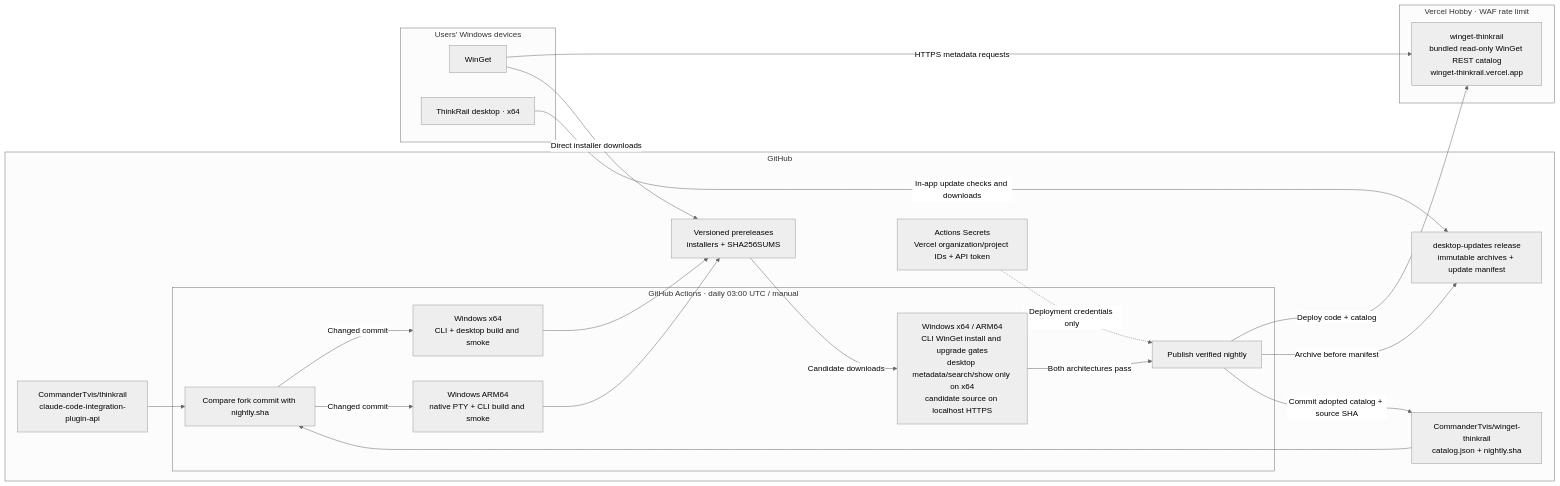
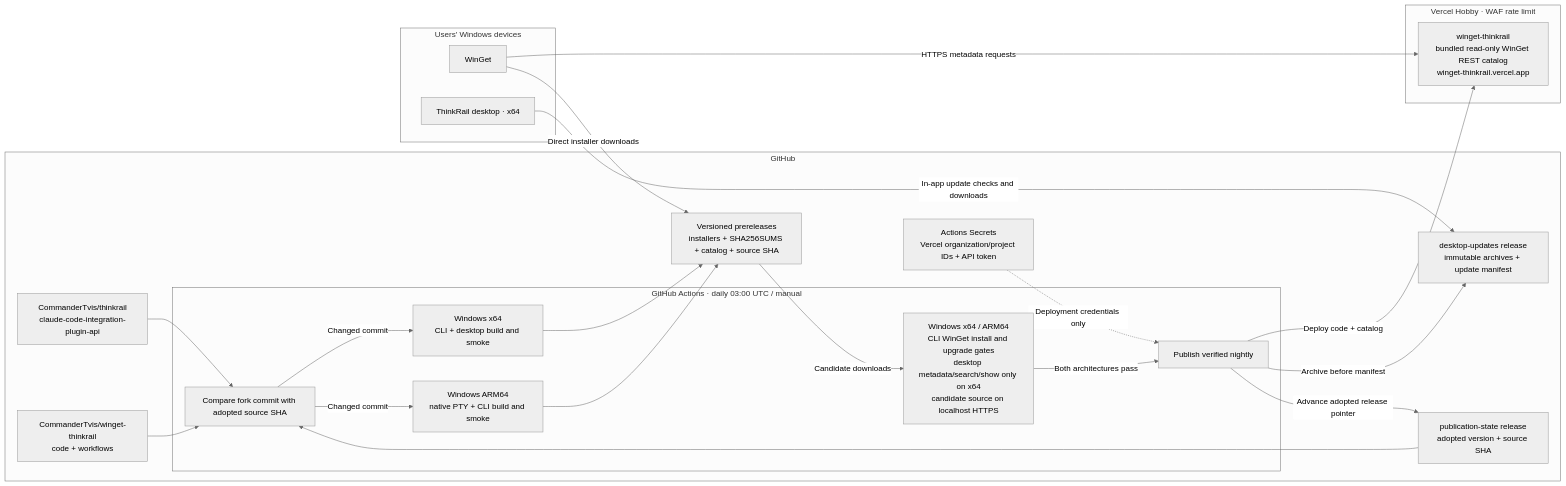
Before and after one commit to CommanderTvis/winget-thinkrail: the diagram in architecture.md, drawn with Mermaid (neutral theme). The commit also changed other lines of this file and 15 other files, not shown here.

Commit message:
Move nightly publication state from Git to Releases

````diff
--- a/architecture.md
+++ b/architecture.md
@@ -31,42 +31,44 @@
 ```mermaid
 flowchart LR
   subgraph GitHub["GitHub"]
     fork["CommanderTvis/thinkrail<br/>claude-code-integration-plugin-api"]
-    repo["CommanderTvis/winget-thinkrail<br/>catalog.json + nightly.sha"]
+    repo["CommanderTvis/winget-thinkrail<br/>code + workflows"]
     subgraph CI["GitHub Actions · daily 03:00 UTC / manual"]
-      compare["Compare fork commit with nightly.sha"]
+      compare["Compare fork commit with adopted source SHA"]
       x64["Windows x64<br/>CLI + desktop build and smoke"]
       arm64["Windows ARM64<br/>native PTY + CLI build and smoke"]
       gates["Windows x64 / ARM64<br/>CLI WinGet install and upgrade gates<br/>desktop metadata/search/show only on x64<br/>candidate source on localhost HTTPS"]
       publish["Publish verified nightly"]
     end
-    releases["Versioned prereleases<br/>installers + SHA256SUMS"]
+    releases["Versioned prereleases<br/>installers + SHA256SUMS + catalog + source SHA"]
+    state["publication-state release<br/>adopted version + source SHA"]
     feed["desktop-updates release<br/>immutable archives + update manifest"]
     secrets["Actions Secrets<br/>Vercel organization/project IDs + API token"]
   end
 
   subgraph Vercel["Vercel Hobby · WAF rate limit"]
     source["winget-thinkrail<br/>bundled read-only WinGet REST catalog<br/>winget-thinkrail.vercel.app"]
   end
 
   subgraph Windows["Users' Windows devices"]
     winget["WinGet"]
     desktop["ThinkRail desktop · x64"]
   end
 
   fork --> compare
   repo --> compare
+  state --> compare
   compare -->|Changed commit| x64
   compare -->|Changed commit| arm64
   x64 --> releases
   arm64 --> releases
   releases -->|Candidate downloads| gates
   gates -->|Both architectures pass| publish
   secrets -.->|Deployment credentials only| publish
   publish -->|Deploy code + catalog| source
   publish -->|Archive before manifest| feed
-  publish -->|Commit adopted catalog + source SHA| repo
+  publish -->|Advance adopted release pointer| state
   winget -->|HTTPS metadata requests| source
   winget -->|Direct installer downloads| releases
   desktop -->|In-app update checks and downloads| feed
 ```
````
